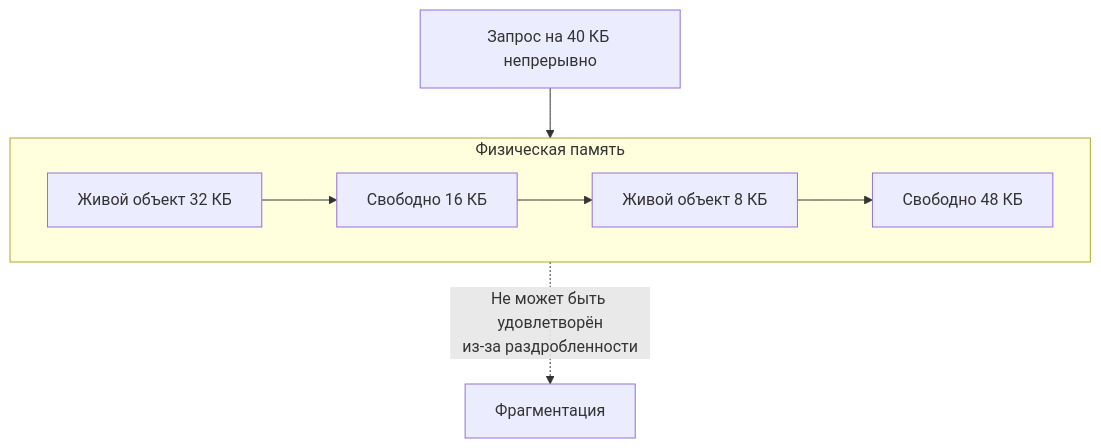
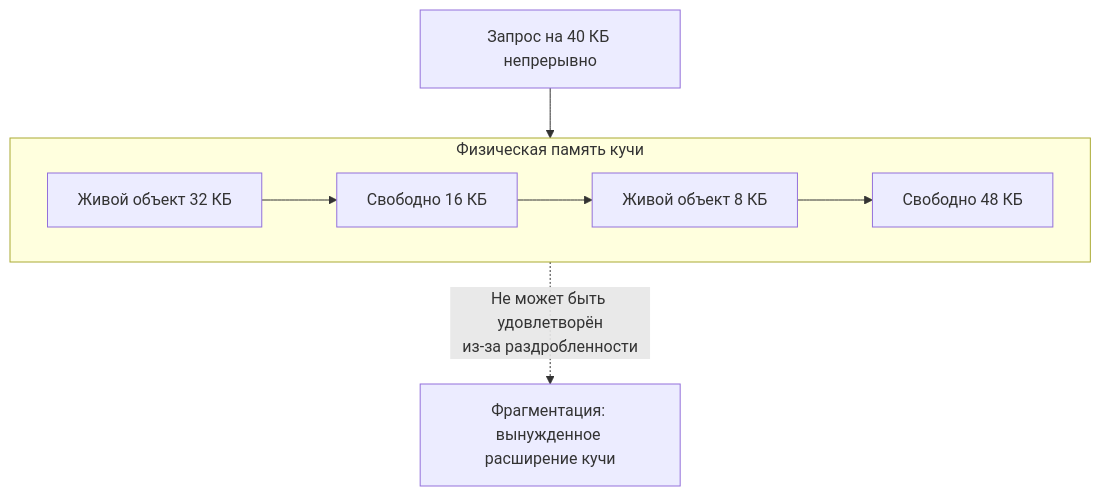
One commit to UnrealTemplier/go-textbook changed the second of 2 diagrams in sources/16. Профилирование, отладка и производительность/04. Memory profiling/7. Fragmentation.md. Above: the diagram before and after it, drawn with Mermaid. The commit also changed other lines of this file, not shown here.

````diff
--- a/sources/16. Профилирование, отладка и производительность/04. Memory profiling/7. Fragmentation.md
+++ b/sources/16. Профилирование, отладка и производительность/04. Memory profiling/7. Fragmentation.md
@@ -35,10 +74,10 @@
 ```mermaid
 flowchart TD
-    subgraph Memory["Физическая память"]
+    subgraph Memory["Физическая память кучи"]
         A["Живой объект 32 КБ"] --> Free1["Свободно 16 КБ"]
         Free1 --> B["Живой объект 8 КБ"]
         B --> Free2["Свободно 48 КБ"]
     end
     Request["Запрос на 40 КБ непрерывно"] --> Memory
-    Memory -.->|"Не может быть удовлетворён<br>из-за раздробленности"| Fail["Фрагментация"]
+    Memory -.->|"Не может быть удовлетворён<br>из-за раздробленности"| Fail["Фрагментация: вынужденное расширение кучи"]
 ```
````
